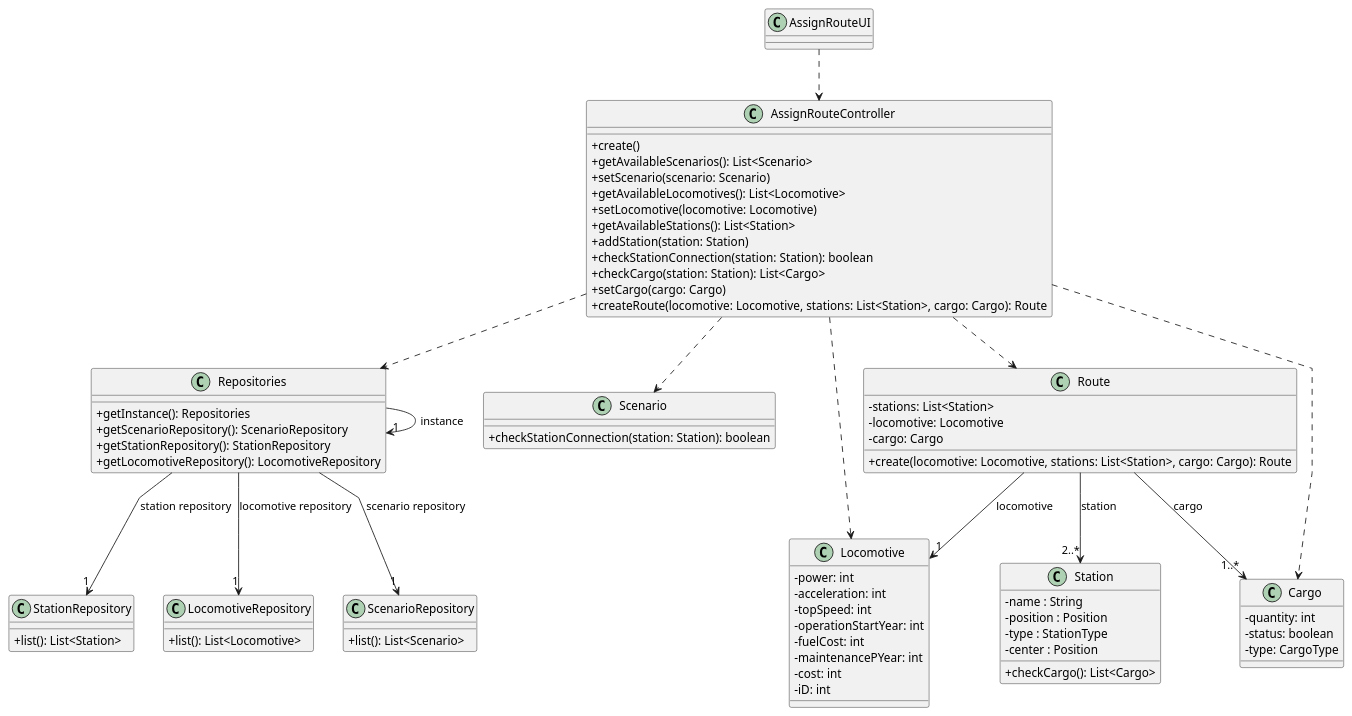
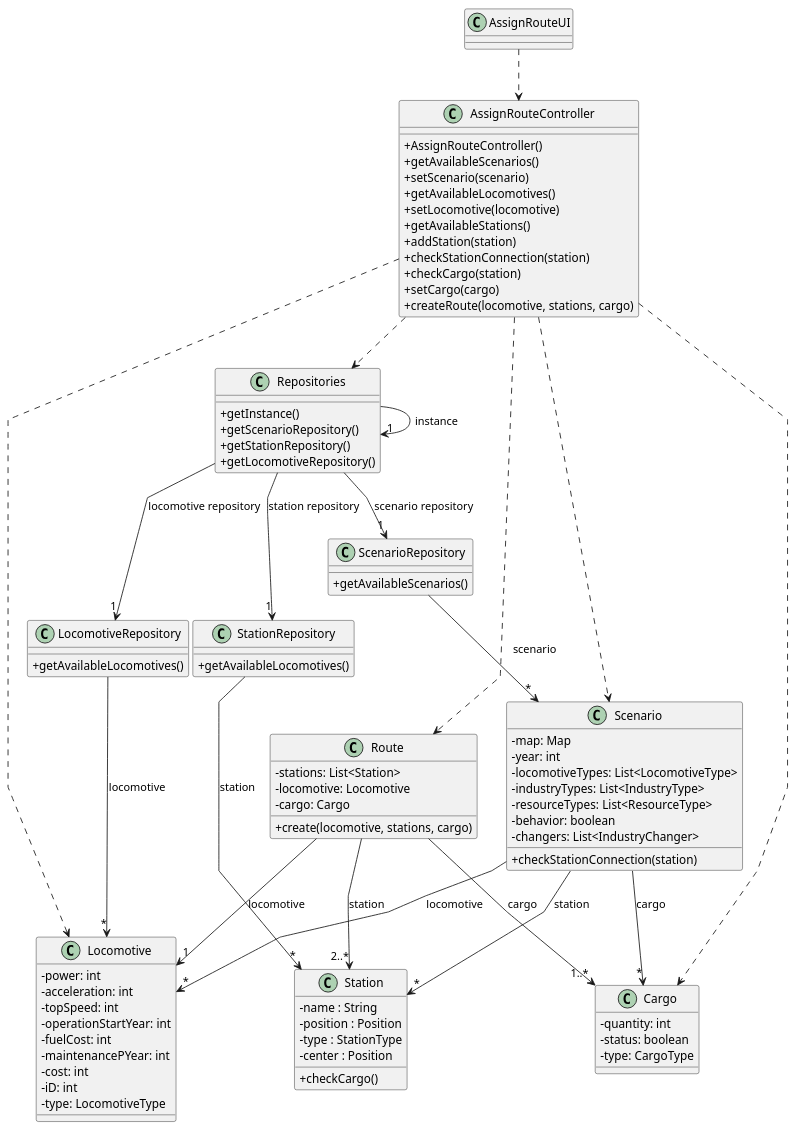
The diagram in Sprint2/US010/03.design/puml/US010-CD.puml (1240935/pi2-railway-simulator), drawn with PlantUML before and after one commit. The commit also changed 32 other files, not shown here.

```diff
--- a/Sprint2/US010/03.design/puml/US010-CD.puml
+++ b/Sprint2/US010/03.design/puml/US010-CD.puml
@@ -1,101 +1,117 @@
 @startuml
 'skinparam monochrome true
 skinparam packageStyle rectangle
 skinparam shadowing false
 skinparam linetype polyline
 'skinparam linetype orto
 
 skinparam classAttributeIconSize 0
 
 'left to right direction
 
 class AssignRouteUI {
 
 }
 
 class AssignRouteController {
-    +create()
-      +getAvailableScenarios(): List<Scenario>
-      +setScenario(scenario: Scenario)
-      +getAvailableLocomotives(): List<Locomotive>
-      +setLocomotive(locomotive: Locomotive)
-      +getAvailableStations(): List<Station>
-      +addStation(station: Station)
-      +checkStationConnection(station: Station): boolean
-      +checkCargo(station: Station): List<Cargo>
-      +setCargo(cargo: Cargo)
-      +createRoute(locomotive: Locomotive, stations: List<Station>, cargo: Cargo): Route
+      +AssignRouteController()
+      +getAvailableScenarios()
+      +setScenario(scenario)
+      +getAvailableLocomotives()
+      +setLocomotive(locomotive)
+      +getAvailableStations()
+      +addStation(station)
+      +checkStationConnection(station)
+      +checkCargo(station)
+      +setCargo(cargo)
+      +createRoute(locomotive, stations, cargo)
 }
 
 class Repositories {
-  +getInstance(): Repositories
-  +getScenarioRepository(): ScenarioRepository
-  +getStationRepository(): StationRepository
-  +getLocomotiveRepository(): LocomotiveRepository
+  +getInstance()
+  +getScenarioRepository()
+  +getStationRepository()
+  +getLocomotiveRepository()
 }
 
 class ScenarioRepository {
-  +list(): List<Scenario>
+  +getAvailableScenarios()
 }
 
 class StationRepository {
-  +list(): List<Station>
+  +getAvailableLocomotives()
 }
 
 class LocomotiveRepository {
-  +list(): List<Locomotive>
+  +getAvailableLocomotives()
 }
 
 class Scenario {
-  +checkStationConnection(station: Station): boolean
+    -map: Map
+    -year: int
+    -locomotiveTypes: List<LocomotiveType>
+    -industryTypes: List<IndustryType>
+    -resourceTypes: List<ResourceType>
+    -behavior: boolean
+    -changers: List<IndustryChanger>
+    +checkStationConnection(station)
 }
 
 class Station {
   -name : String
   -position : Position
   -type : StationType
   -center : Position
-  +checkCargo(): List<Cargo>
+  +checkCargo()
 }
 
 class Route {
-  +create(locomotive: Locomotive, stations: List<Station>, cargo: Cargo): Route
+  +create(locomotive, stations, cargo)
   -stations: List<Station>
   -locomotive: Locomotive
   -cargo: Cargo
 }
 
 class Locomotive {
   -power: int
   -acceleration: int
   -topSpeed: int
   -operationStartYear: int
   -fuelCost: int
   -maintenancePYear: int
   -cost: int
   -iD: int
+  -type: LocomotiveType
 }
 
 class Cargo {
   -quantity: int
   -status: boolean
   -type: CargoType
 }
 
 
 AssignRouteUI ..> AssignRouteController
 AssignRouteController ..> Repositories
 Repositories -> "1" Repositories : instance
 Repositories --> "1" ScenarioRepository : scenario repository
 Repositories --> "1" StationRepository : station repository
 Repositories --> "1" LocomotiveRepository : locomotive repository
 
 AssignRouteController ..> Route
 AssignRouteController ..> Scenario
 AssignRouteController ..> Locomotive
 AssignRouteController ..> Cargo
 
+StationRepository --> "*" Station : station
+LocomotiveRepository --> "*" Locomotive: locomotive
+ScenarioRepository --> "*" Scenario: scenario
+
+Scenario --> "*" Station : station
+Scenario --> "*" Locomotive : locomotive
+Scenario --> "*" Cargo : cargo
+
 Route --> "1" Locomotive : locomotive
 Route --> "2..*" Station : station
 Route --> "1..*" Cargo : cargo
 @enduml
```
